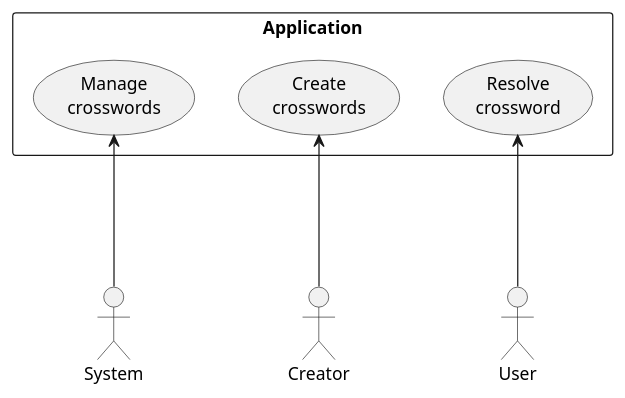
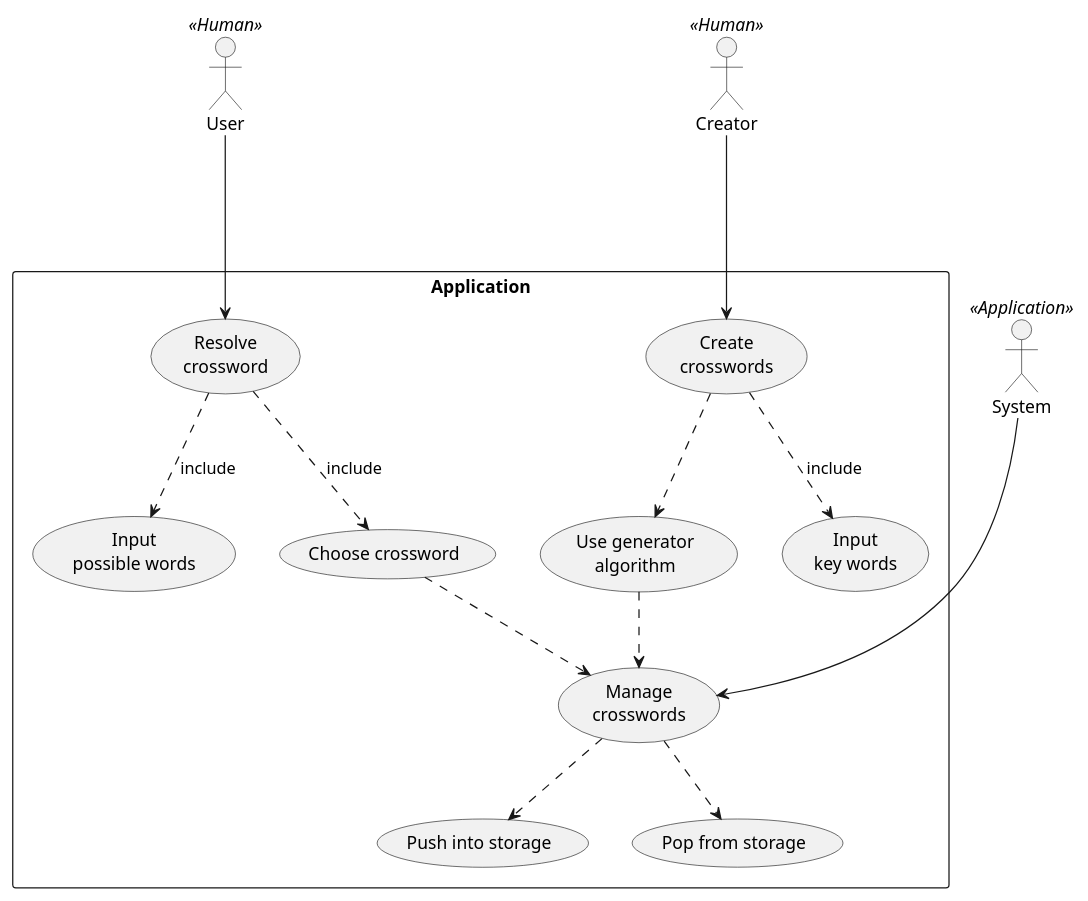
One commit to TraningCenter2018-2019/O_A_Tekuchev_first_task changed the diagram in doc/uml/user_case.pu. Above: the diagram before and after it, drawn with PlantUML.

Commit message:
updates usecase

```diff
--- a/doc/uml/user_case.pu
+++ b/doc/uml/user_case.pu
@@ -1,17 +1,31 @@
 @startuml
 
 actor User
 actor Creator
 actor System
 
 rectangle Application {
-    User -up--> (Resolve\ncrossword) 
+    
+    User << Human >>    
+    User -down--> (Resolve\ncrossword) 
+    (Resolve\ncrossword) ..> (Input\npossible words) : include
+    (Resolve\ncrossword) ..> (Choose crossword) : include
 
-    Creator -up--> (Create\ncrosswords)
+    (Choose crossword) ..> (Manage\ncrosswords)
 
-    System -up--> (Manage\ncrosswords)    
-    
+    System << Application >>
+    System -down--> (Manage\ncrosswords)
+    (Manage\ncrosswords) ..> (Push into storage)   
+    (Manage\ncrosswords) ..> (Pop from storage)
+
+    (Use generator\nalgorithm) ..> (Manage\ncrosswords)
+
+
+    Creator << Human >>    
+    Creator -down--> (Create\ncrosswords)
+    (Create\ncrosswords) ..> (Input\nkey words) : include
+    (Create\ncrosswords) ..> (Use generator\nalgorithm)
 
 }
 
 @enduml
```
